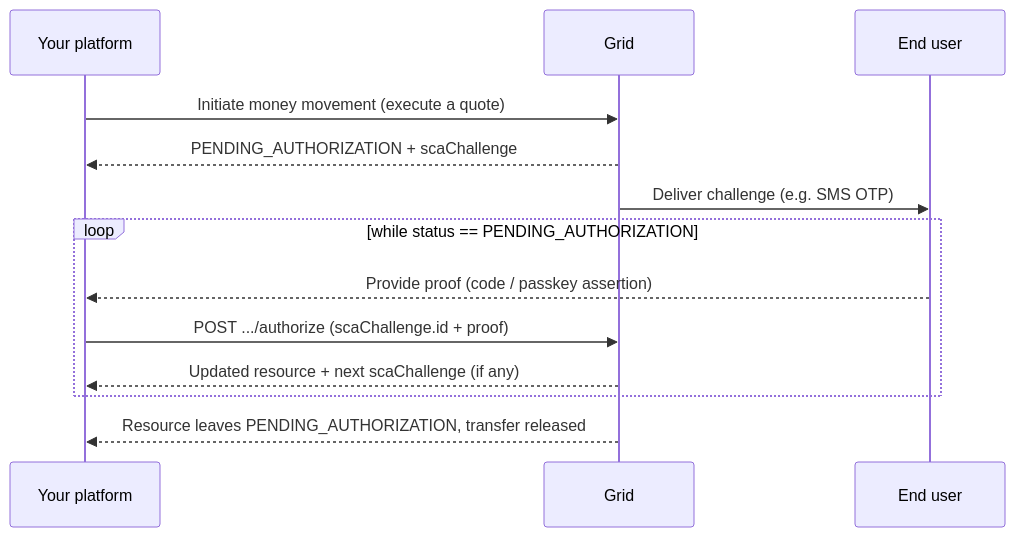
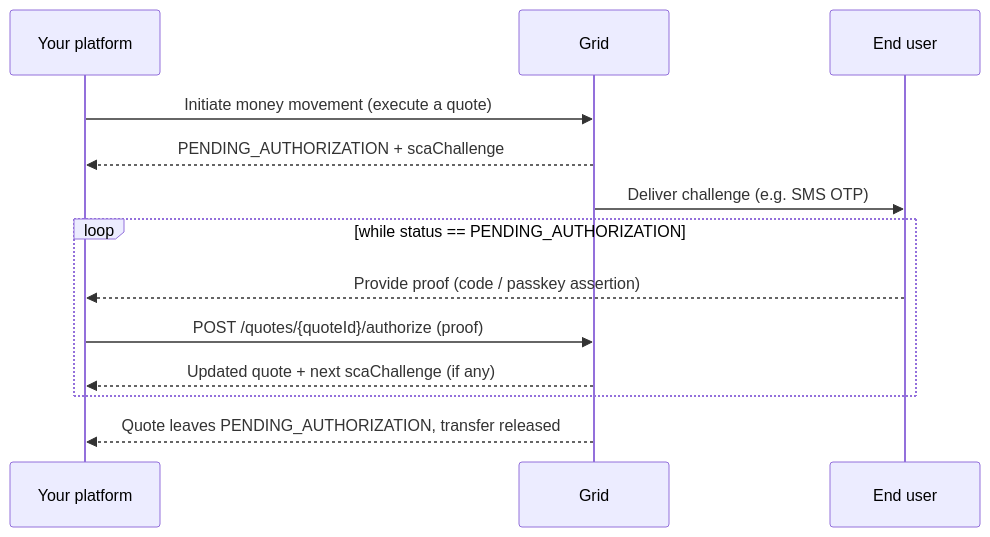
One commit to lightsparkdev/grid-api changed the diagram in mintlify/platform-overview/sca/overview.mdx. Above: the diagram before and after it, drawn with Mermaid. The commit also changed other lines of this file and 8 other files, not shown here.

````diff
--- a/mintlify/platform-overview/sca/overview.mdx
+++ b/mintlify/platform-overview/sca/overview.mdx
@@ -89,16 +89,16 @@
 ```mermaid
 sequenceDiagram
   participant P as Your platform
   participant G as Grid
   participant U as End user
 
   P->>G: Initiate money movement (execute a quote)
   G-->>P: PENDING_AUTHORIZATION + scaChallenge
   G->>U: Deliver challenge (e.g. SMS OTP)
   loop while status == PENDING_AUTHORIZATION
     U-->>P: Provide proof (code / passkey assertion)
-    P->>G: POST .../authorize (scaChallenge.id + proof)
-    G-->>P: Updated resource + next scaChallenge (if any)
+    P->>G: POST /quotes/{quoteId}/authorize (proof)
+    G-->>P: Updated quote + next scaChallenge (if any)
   end
-  G-->>P: Resource leaves PENDING_AUTHORIZATION, transfer released
+  G-->>P: Quote leaves PENDING_AUTHORIZATION, transfer released
 ```
````
